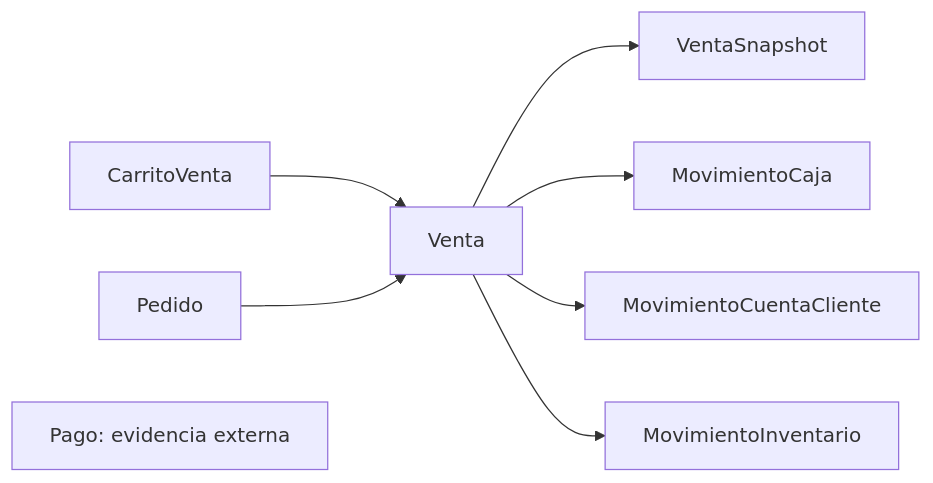
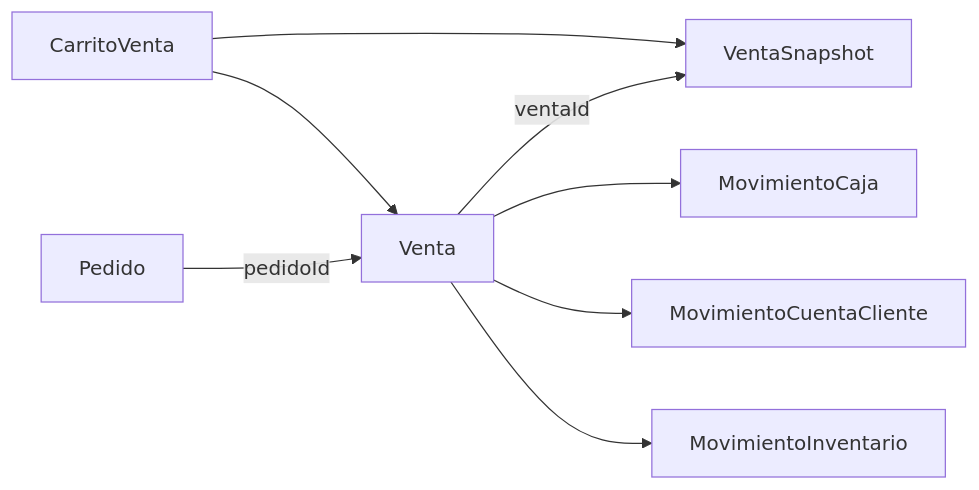
The diagram in src/docs/ventas/modelo-vigente.md (yelsino/yolafresh-utils), drawn with Mermaid before and after one commit. The commit also changed other lines of this file and 50 other files, not shown here.

````diff
--- a/src/docs/ventas/modelo-vigente.md
+++ b/src/docs/ventas/modelo-vigente.md
@@ -207,10 +211,10 @@
 ```mermaid
 flowchart LR
   CarritoVenta --> Venta
-  Pedido --> Venta
-  Venta --> VentaSnapshot
-  Pago[Pago: evidencia externa]
+  CarritoVenta --> VentaSnapshot
+  Venta -->|ventaId| VentaSnapshot
+  Pedido -->|pedidoId| Venta
   Venta --> MovimientoCaja
   Venta --> MovimientoCuentaCliente
   Venta --> MovimientoInventario
 ```
````
